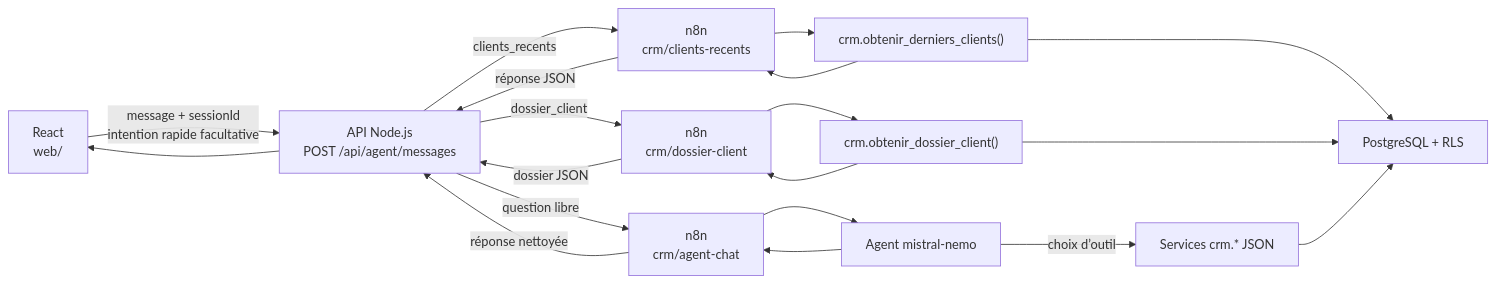
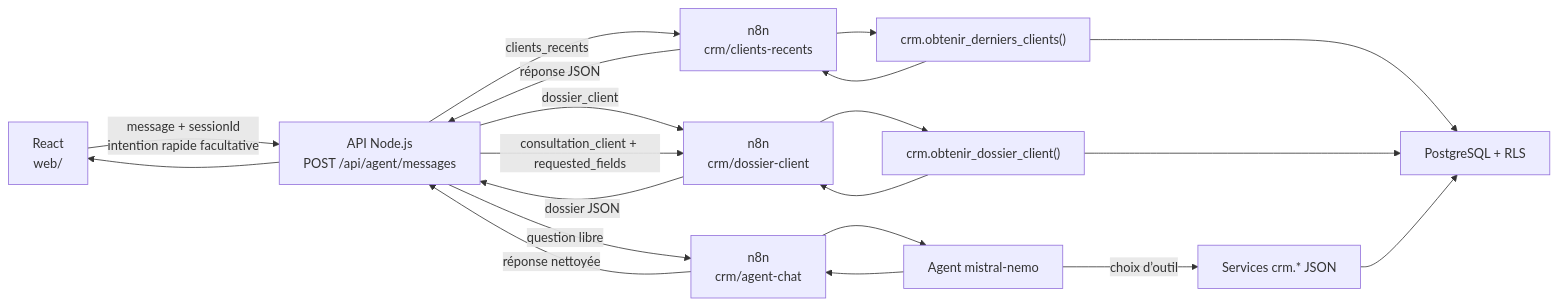
The eighth of 18 diagrams in ARCHITECTURE.md (souhak00/transcription-api), drawn with Mermaid before and after one commit. The commit also changed other lines of this file and 48 other files, not shown here.

````diff
--- a/ARCHITECTURE.md
+++ b/ARCHITECTURE.md
@@ -473,31 +478,32 @@
 ```mermaid
 flowchart LR
     UI["React<br/>web/"]
     API["API Node.js<br/>POST /api/agent/messages"]
     ChatWebhook["n8n<br/>crm/agent-chat"]
     RecentWebhook["n8n<br/>crm/clients-recents"]
     DossierWebhook["n8n<br/>crm/dossier-client"]
     Agent["Agent mistral-nemo"]
     Recent["crm.obtenir_derniers_clients()"]
     Dossier["crm.obtenir_dossier_client()"]
     Services["Services crm.* JSON"]
     RLS["PostgreSQL + RLS"]
 
     UI -->|"message + sessionId<br/>intention rapide facultative"| API
     API -->|"question libre"| ChatWebhook
     API -->|"clients_recents"| RecentWebhook
     API -->|"dossier_client"| DossierWebhook
+    API -->|"consultation_client + requested_fields"| DossierWebhook
     ChatWebhook --> Agent
     RecentWebhook --> Recent
     DossierWebhook --> Dossier
     Agent -->|"choix d’outil"| Services
     Recent --> RLS
     Dossier --> RLS
     Services --> RLS
     Recent --> RecentWebhook
     Dossier --> DossierWebhook
     Agent --> ChatWebhook
     RecentWebhook -->|"réponse JSON"| API
     DossierWebhook -->|"dossier JSON"| API
     ChatWebhook -->|"réponse nettoyée"| API --> UI
 ```
````
